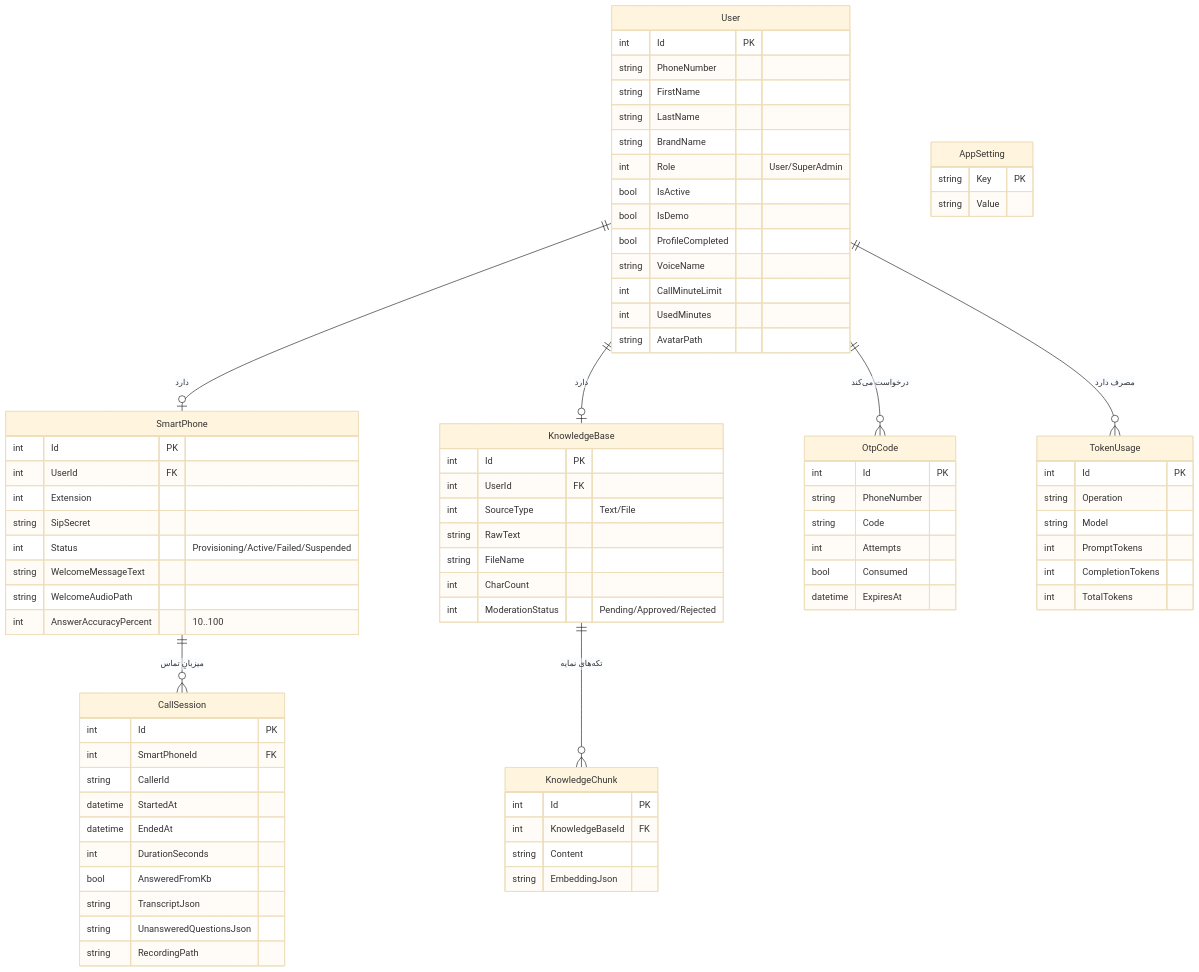
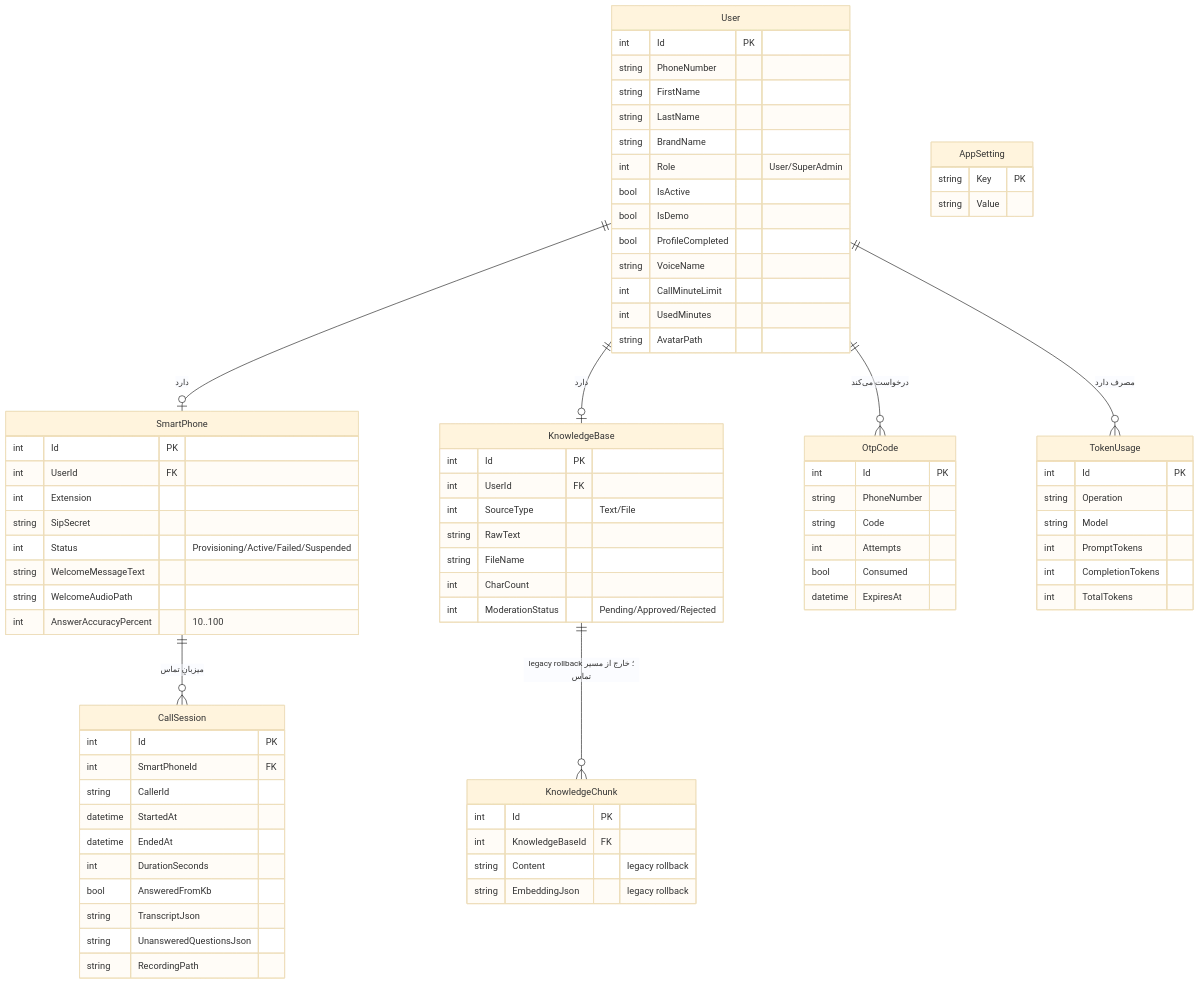
One commit to mohamadkheiry/ArkaCallCenterDemo changed the diagram in docs/04-data-model.md. Above: the diagram before and after it, drawn with Mermaid (base theme). The commit also changed other lines of this file and 8 other files, not shown here.

```diff
--- a/docs/04-data-model.md
+++ b/docs/04-data-model.md
@@ -9,7 +9,7 @@
     User ||--o{ OtpCode : "درخواست می‌کند"
     User ||--o{ TokenUsage : "مصرف دارد"
     SmartPhone ||--o{ CallSession : "میزبانِ تماس"
-    KnowledgeBase ||--o{ KnowledgeChunk : "تکه‌های نمایه"
+    KnowledgeBase ||--o{ KnowledgeChunk : "legacy rollback؛ خارج از مسیر تماس"
 
     User {
         int Id PK
@@ -51,8 +51,8 @@
     KnowledgeChunk {
         int Id PK
         int KnowledgeBaseId FK
-        string Content
-        string EmbeddingJson
+        string Content "legacy rollback"
+        string EmbeddingJson "legacy rollback"
     }
 
     CallSession {
```
